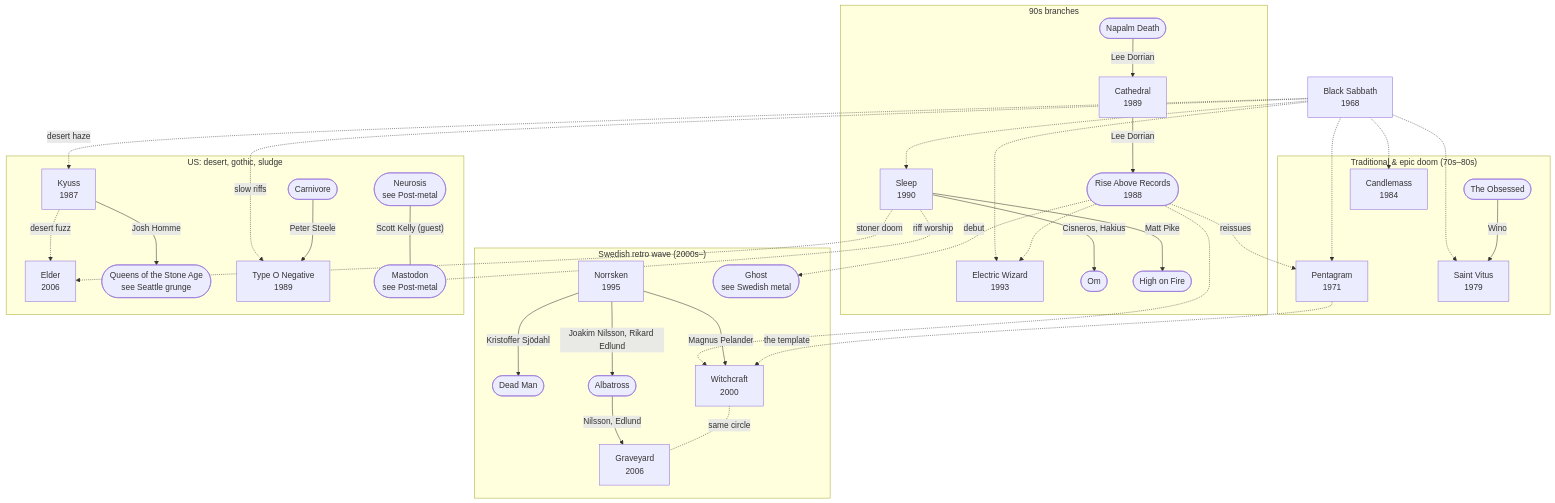
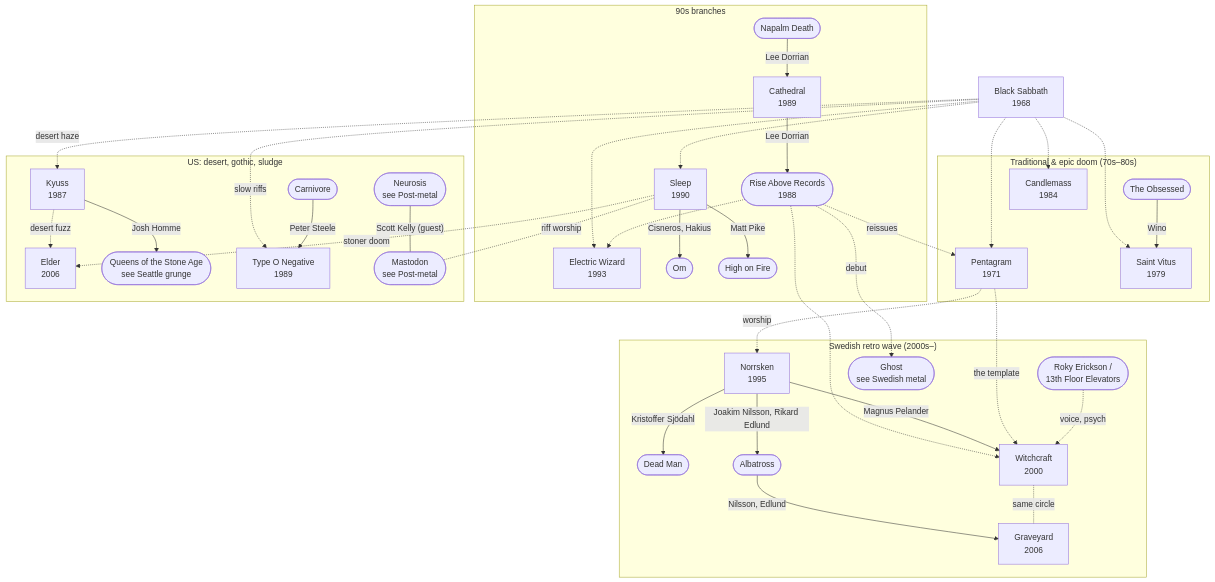
The diagram in doom/connections.md (zrrbite/music-scenes), drawn with Mermaid before and after one commit. The commit also changed 2 other files, not shown here.

Commit message:
Doom: Witchcraft's Pentagram/Roky Erickson influences; Norrsken's Pentagram worship
Claude-Session: https://claude.ai/code/session_01VwNT2t4u3sfacRDYbsKqiJ

````diff
--- a/doom/connections.md
+++ b/doom/connections.md
@@ -9,65 +9,68 @@
 ```mermaid
 flowchart TD
     BS["Black Sabbath<br/>1968"]
     subgraph CULT["Traditional & epic doom (70s–80s)"]
         PEN["Pentagram<br/>1971"]
         OBS(["The Obsessed"])
         SV["Saint Vitus<br/>1979"]
         CAN["Candlemass<br/>1984"]
     end
     subgraph NINE["90s branches"]
         ND(["Napalm Death"])
         CAT["Cathedral<br/>1989"]
         RA(["Rise Above Records<br/>1988"])
         SLP["Sleep<br/>1990"]
         EW["Electric Wizard<br/>1993"]
         OM(["Om"])
         HOF(["High on Fire"])
     end
     subgraph SWE["Swedish retro wave (2000s–)"]
+        ROKY(["Roky Erickson /<br/>13th Floor Elevators"])
         NOR["Norrsken<br/>1995"]
         DM(["Dead Man"])
         ALB(["Albatross"])
         WC["Witchcraft<br/>2000"]
         GY["Graveyard<br/>2006"]
         GHOST(["Ghost<br/>see Swedish metal"])
     end
     subgraph US2["US: desert, gothic, sludge"]
         KYUSS["Kyuss<br/>1987"]
         ELDER["Elder<br/>2006"]
         QOTSA(["Queens of the Stone Age<br/>see Seattle grunge"])
         TON["Type O Negative<br/>1989"]
         CARN(["Carnivore"])
         MAST(["Mastodon<br/>see Post-metal"])
         NEU(["Neurosis<br/>see Post-metal"])
     end
 
     BS -.-> PEN
     BS -.-> SV
     BS -.-> CAN
     BS -.-> SLP
     BS -.-> EW
     OBS -- "Wino" --> SV
     ND -- "Lee Dorrian" --> CAT
     CAT -- "Lee Dorrian" --> RA
     RA -.-> EW
     RA -.-> WC
     RA -. "reissues" .-> PEN
     SLP -- "Cisneros, Hakius" --> OM
     SLP -- "Matt Pike" --> HOF
     NOR -- "Magnus Pelander" --> WC
     NOR -- "Joakim Nilsson, Rikard Edlund" --> ALB
     ALB -- "Nilsson, Edlund" --> GY
     NOR -- "Kristoffer Sjödahl" --> DM
+    PEN -. "worship" .-> NOR
     PEN -. "the template" .-> WC
+    ROKY -. "voice, psych" .-> WC
     WC -. "same circle" .- GY
     RA -. "debut" .-> GHOST
     BS -. "desert haze" .-> KYUSS
     KYUSS -- "Josh Homme" --> QOTSA
     KYUSS -. "desert fuzz" .-> ELDER
     SLP -. "stoner doom" .-> ELDER
     BS -. "slow riffs" .-> TON
     CARN -- "Peter Steele" --> TON
     NEU -- "Scott Kelly (guest)" --- MAST
     SLP -. "riff worship" .- MAST
 ```
````
